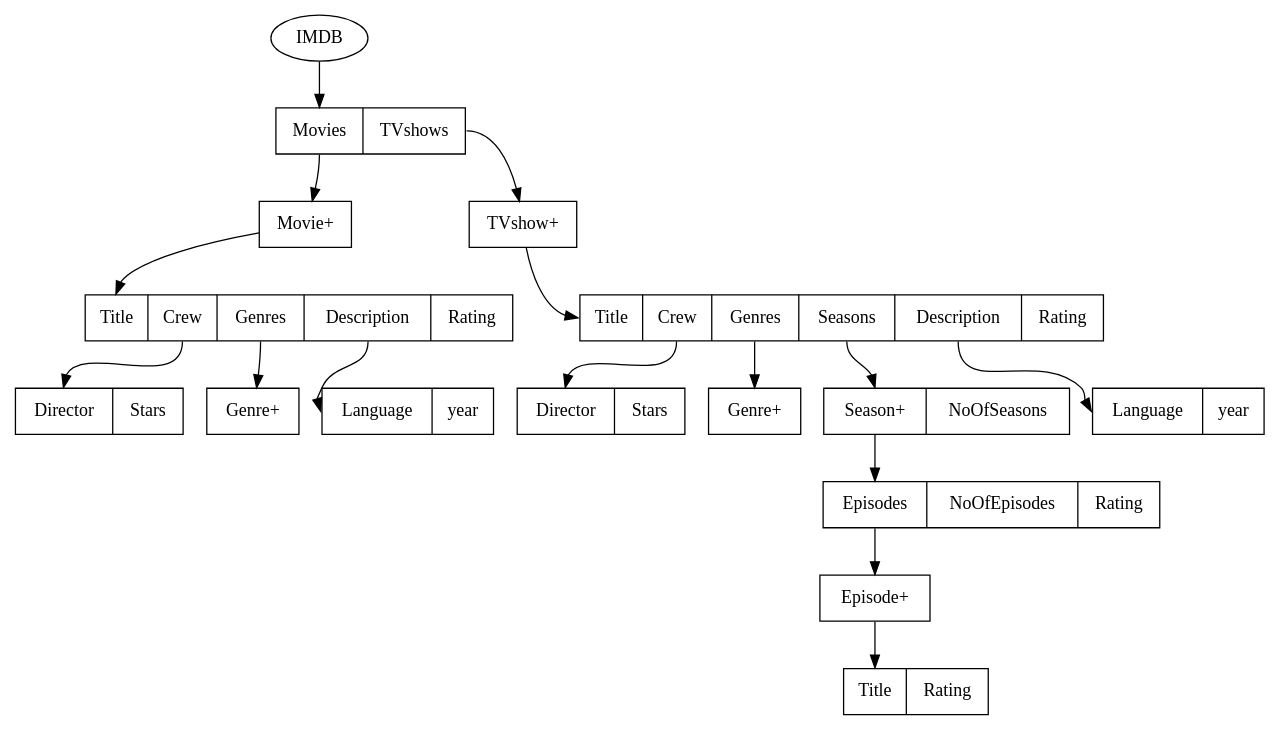
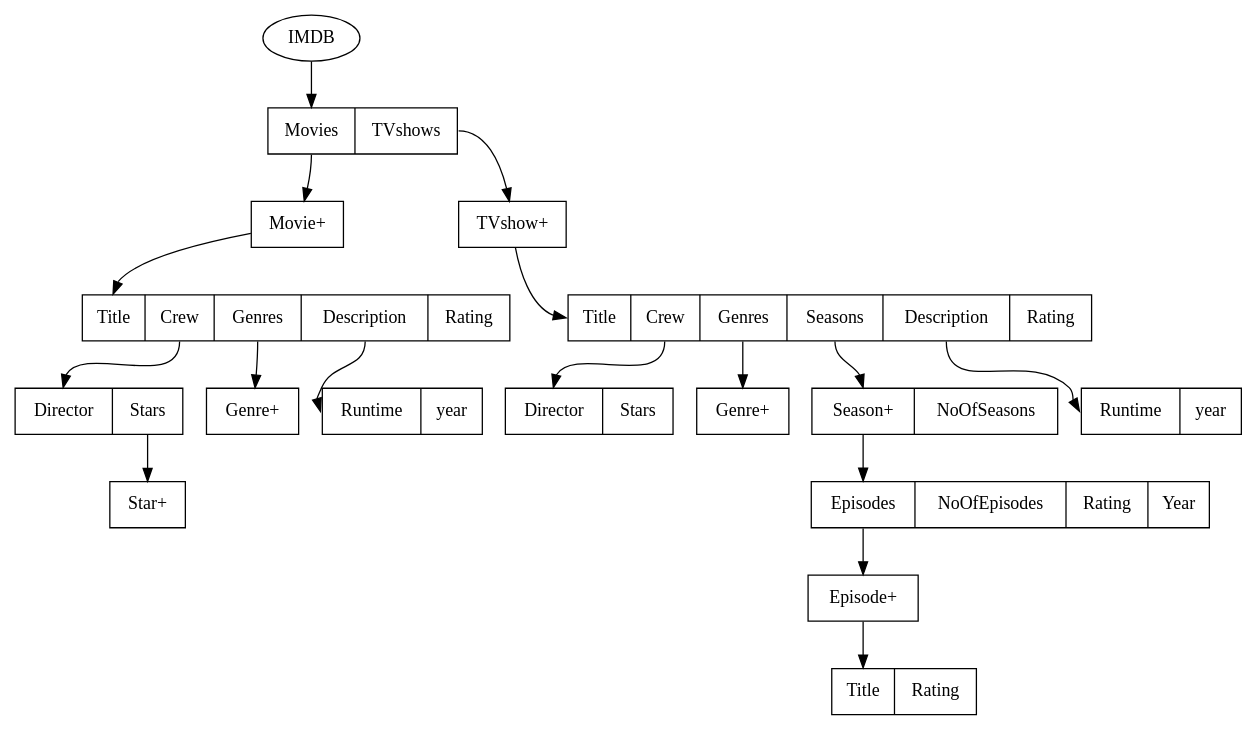
Before and after one commit to akhiln28/ontology_assignment1: the diagram in imdb.dot, drawn with Graphviz. The commit also changed 1 other file, not shown here.

```diff
--- a/imdb.dot
+++ b/imdb.dot
@@ -1,47 +1,50 @@
 digraph g{
     IMDB[label="IMDB"]
     IMDB_table[label = "<f0>Movies|<f1>TVshows" shape = "record"]
     IMDB->IMDB_table:f0
 
     Movies_table[label = "Movie+" shape = "record"]
     IMDB_table:f0->Movies_table
 
     Movie_table[label = "<f0> Title| <f1>Crew| <f2> Genres| <f3> Description| <f4> Rating" shape = "record"]
     Movies_table->Movie_table:f0
 
     Crew_table[label="<f0> Director| <f1> Stars" shape = "record"]
     Movie_table:f1->Crew_table:f0
 
+    Stars_table[label="Star+" shape = "record"]
+    Crew_table:f1->Stars_table
+
     Genres_table[label = "Genre+" shape = "record"]
     Movie_table:f2->Genres_table
 
-    Description_table[label = "<f0> Language| <f1> year" shape = "record"]
+    Description_table[label = "<f0> Runtime| <f1> year" shape = "record"]
     Movie_table:f3->Description_table:f0
 
     TVshows_table[label = "TVshow+" shape = "record"]
     IMDB_table:f1->TVshows_table
 
     TVshow_table[label = "<f0> Title| <f1> Crew| <f2> Genres| <f3> Seasons| <f4> Description| <f5> Rating" shape = "record"]
     TVshows_table->TVshow_table:f0
 
     Crew_table2[label = "<f0> Director| <f1> Stars" shape = "record"]
     TVshow_table:f1->Crew_table2:f0
 
     Genres_table2[label = "Genre+" shape = "record"]
     TVshow_table:f2->Genres_table2
 
     Seasons_table[label = "<f0> Season+| <f1> NoOfSeasons" shape = "record"]    
     TVshow_table:f3->Seasons_table:f0
 
-    Season_table[label = "<f0> Episodes| <f1> NoOfEpisodes| <f2> Rating" shape = "record"]
+    Season_table[label = "<f0> Episodes| <f1> NoOfEpisodes| <f2> Rating| <f3> Year" shape = "record"]
     Seasons_table:f0->Season_table:f0
 
     Episodes_table[label = "Episode+" shape = "record"]
     Season_table:f0->Episodes_table
     
     Episode_table[label = "<f0> Title| <f1> Rating" shape = "record"]
     Episodes_table->Episode_table:f0
 
-    Description_table2[label = "<f0> Language| <f1> year" shape = "record"]
+    Description_table2[label = "<f0> Runtime| <f1> year" shape = "record"]
     TVshow_table:f4->Description_table2:f0
 }
```
